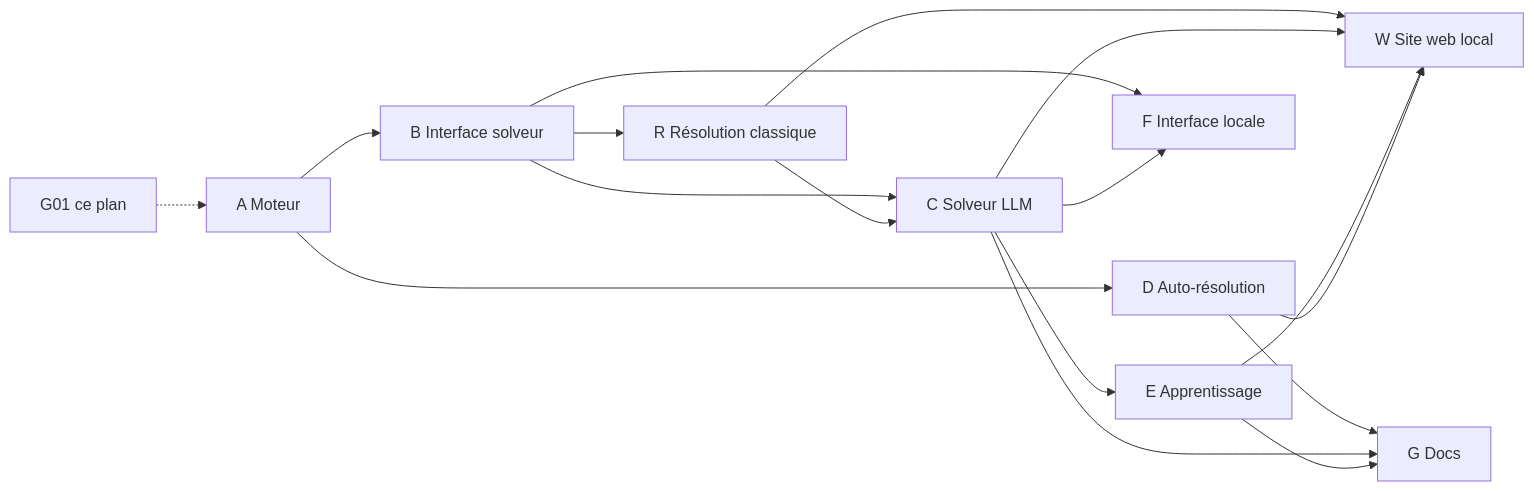
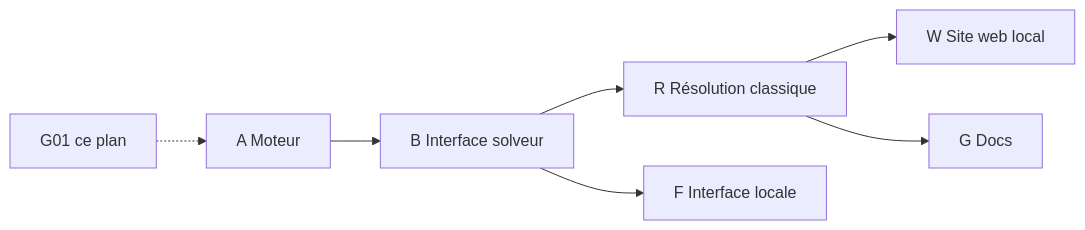
One commit to max-boop345/conquering_ai_enpc changed the diagram in docs/PLAN.md. Above: the diagram before and after it, drawn with Mermaid. The commit also changed other lines of this file, not shown here.

Commit message:
docs: retrait de la résolution par LLM — suppression des phases C/D/E, tâches dépendantes annulées ou reformulées, graphe purgé

````diff
--- a/docs/PLAN.md
+++ b/docs/PLAN.md
@@ -528,19 +370,9 @@
 ```mermaid
 graph LR
   A[A Moteur] --> B[B Interface solveur]
   B --> R[R Résolution classique]
-  B --> C[C Solveur LLM]
-  R --> C
-  A --> D[D Auto-résolution]
-  C --> E[E Apprentissage]
   B --> F[F Interface locale]
-  C --> F
   R --> W[W Site web local]
-  C --> W
-  E --> W
-  D --> W
-  D --> G[G Docs]
-  C --> G
-  E --> G
+  R --> G[G Docs]
   G01[G01 ce plan] -.-> A
 ```
````
